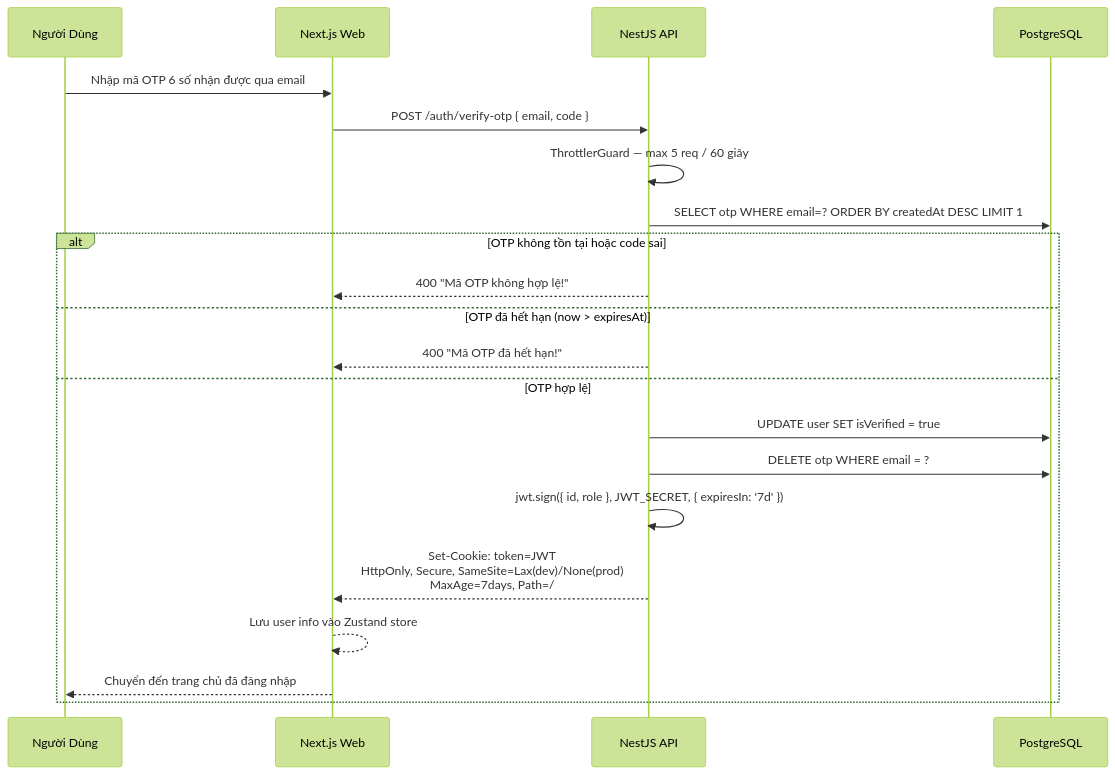
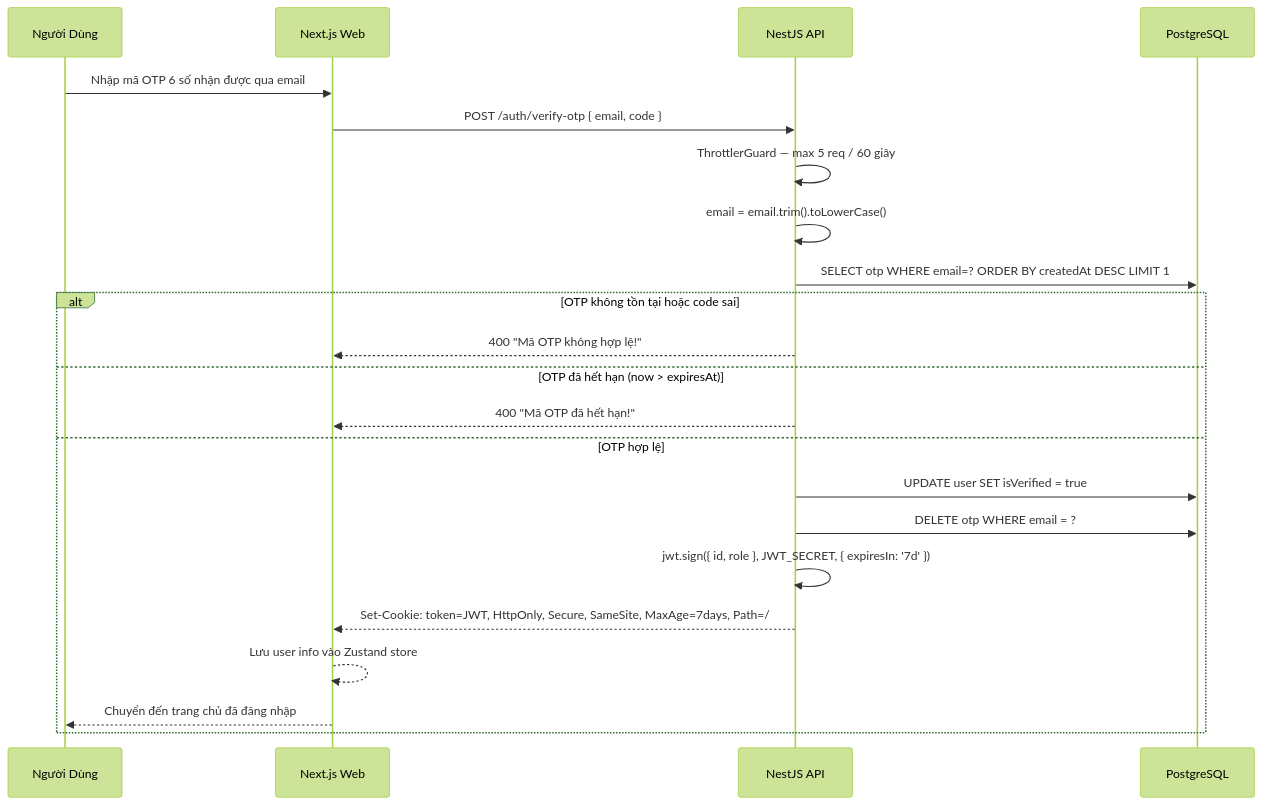
The third of 10 diagrams in blueprint/specs/auth.md (dorayakiiiiz/ticket-box), drawn with Mermaid (forest theme) before and after one commit. The commit also changed other lines of this file and 3 other files, not shown here.

````diff
--- a/blueprint/specs/auth.md
+++ b/blueprint/specs/auth.md
@@ -70,26 +146,27 @@
 ```mermaid
 sequenceDiagram
     participant U as Người Dùng
     participant FE as Next.js Web
     participant BE as NestJS API
     participant DB as PostgreSQL
 
     U->>FE: Nhập mã OTP 6 số nhận được qua email
     FE->>BE: POST /auth/verify-otp { email, code }
     BE->>BE: ThrottlerGuard — max 5 req / 60 giây
 
+    BE->>BE: email = email.trim().toLowerCase()
     BE->>DB: SELECT otp WHERE email=? ORDER BY createdAt DESC LIMIT 1
-    
+
     alt OTP không tồn tại hoặc code sai
         BE-->>FE: 400 "Mã OTP không hợp lệ!"
     else OTP đã hết hạn (now > expiresAt)
         BE-->>FE: 400 "Mã OTP đã hết hạn!"
     else OTP hợp lệ
         BE->>DB: UPDATE user SET isVerified = true
         BE->>DB: DELETE otp WHERE email = ?
         BE->>BE: jwt.sign({ id, role }, JWT_SECRET, { expiresIn: '7d' })
-        BE-->>FE: Set-Cookie: token=JWT<br/>HttpOnly, Secure, SameSite=Lax(dev)/None(prod)<br/>MaxAge=7days, Path=/
+        BE-->>FE: Set-Cookie: token=JWT, HttpOnly, Secure, SameSite, MaxAge=7days, Path=/
         FE-->>FE: Lưu user info vào Zustand store
         FE-->>U: Chuyển đến trang chủ đã đăng nhập
     end
 ```
````
